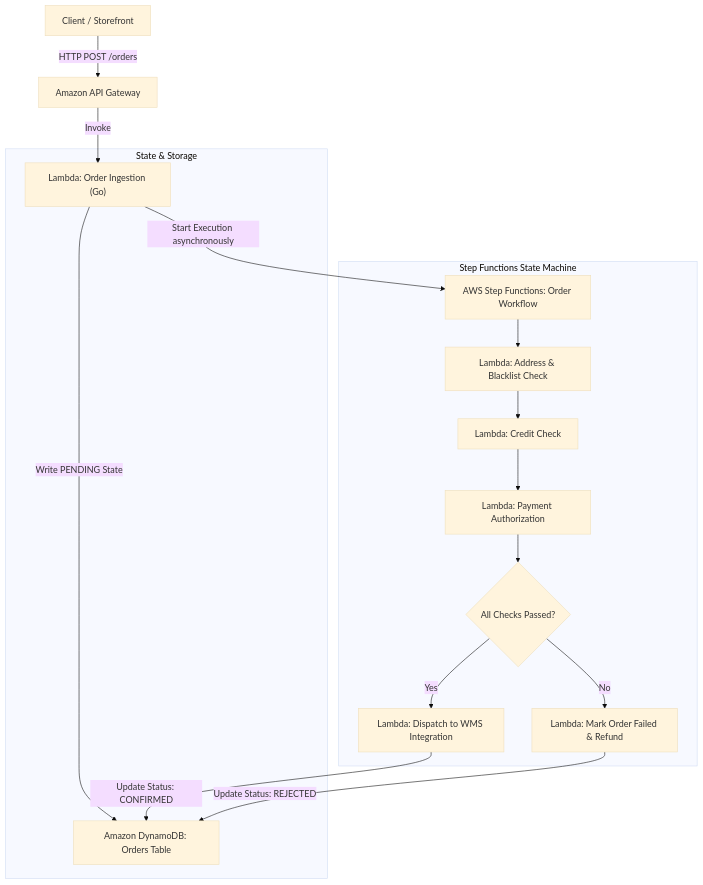
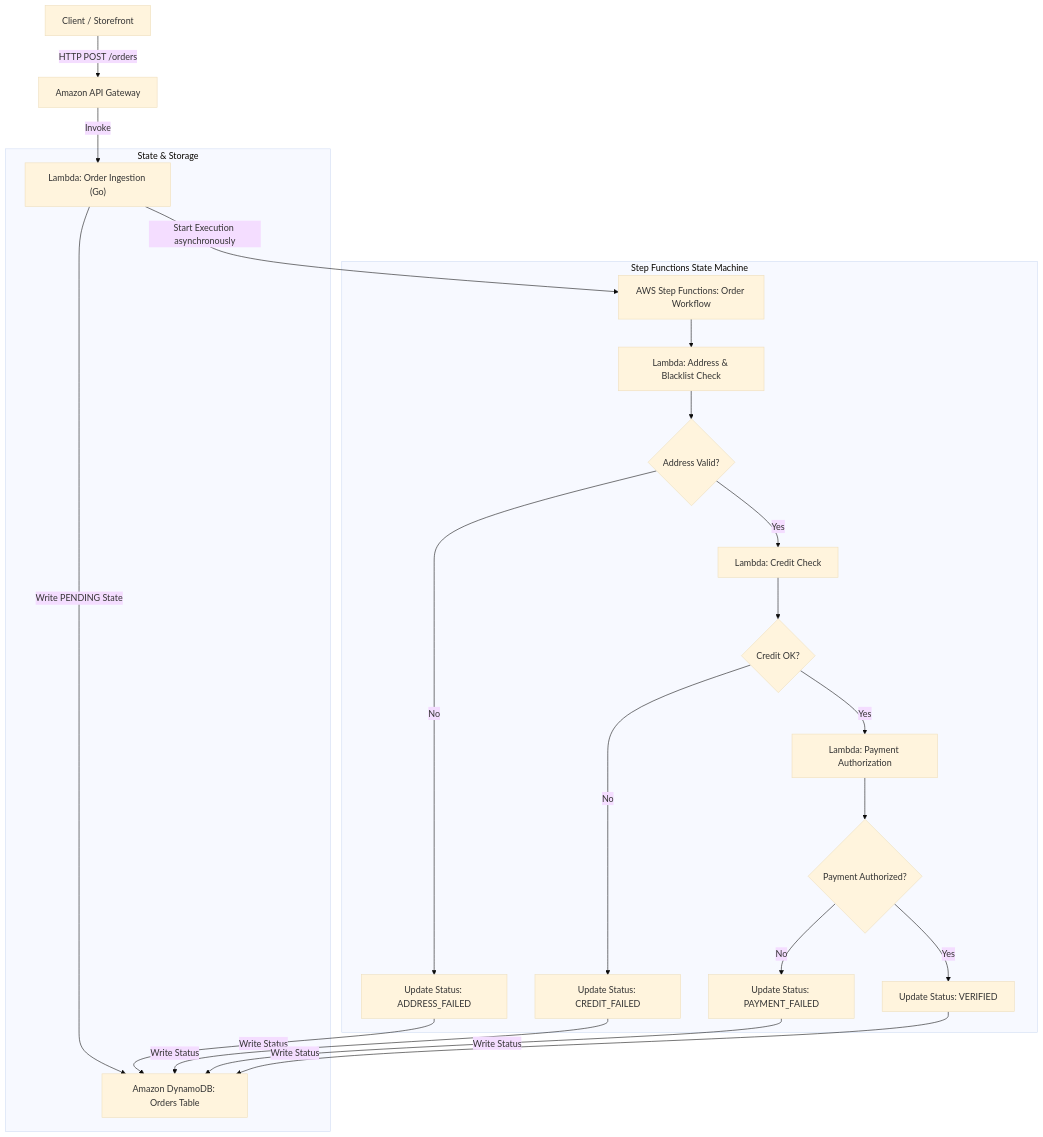
One commit to kelvinyap2014/ecommerce-order-aws-go changed the diagram in README.md. Above: the diagram before and after it, drawn with Mermaid (base theme). The commit also changed other lines of this file and 1 other file, not shown here.

Commit message:
Fix order status and mermaid diagram

````diff
--- a/README.md
+++ b/README.md
@@ -24,25 +24,31 @@
 ```mermaid
 graph TD
     Client["Client / Storefront"] -->|HTTP POST /orders| APIGW["Amazon API Gateway"]
     APIGW -->|Invoke| IngestLambda["Lambda: Order Ingestion (Go)"]
 
     subgraph "State & Storage"
         IngestLambda -->|Write PENDING State| DDB["Amazon DynamoDB: Orders Table"]
     end
 
     IngestLambda -->|Start Execution asynchronously| SF["AWS Step Functions: Order Workflow"]
 
     subgraph "Step Functions State Machine"
         SF --> AddressCheck["Lambda: Address & Blacklist Check"]
-        AddressCheck --> CreditCheck["Lambda: Credit Check"]
-        CreditCheck --> PaymentAuth["Lambda: Payment Authorization"]
+        AddressCheck --> AddressChoice{Address Valid?}
+        AddressChoice -->|No| AddressFail["Update Status: ADDRESS_FAILED"]
+        AddressChoice -->|Yes| CreditCheck["Lambda: Credit Check"]
 
-        PaymentAuth --> Choice{All Checks Passed?}
+        CreditCheck --> CreditChoice{Credit OK?}
+        CreditChoice -->|No| CreditFail["Update Status: CREDIT_FAILED"]
+        CreditChoice -->|Yes| PaymentAuth["Lambda: Payment Authorization"]
 
-        Choice -->|Yes| WMS["Lambda: Dispatch to WMS Integration"]
-        Choice -->|No| FailHandler["Lambda: Mark Order Failed & Refund"]
+        PaymentAuth --> PaymentChoice{Payment Authorized?}
+        PaymentChoice -->|No| PaymentFail["Update Status: PAYMENT_FAILED"]
+        PaymentChoice -->|Yes| UpdateVerified["Update Status: VERIFIED"]
     end
 
-    WMS -->|Update Status: CONFIRMED| DDB
-    FailHandler -->|Update Status: REJECTED| DDB
+    AddressFail -->|Write Status| DDB
+    CreditFail -->|Write Status| DDB
+    PaymentFail -->|Write Status| DDB
+    UpdateVerified -->|Write Status| DDB
 ```
````
